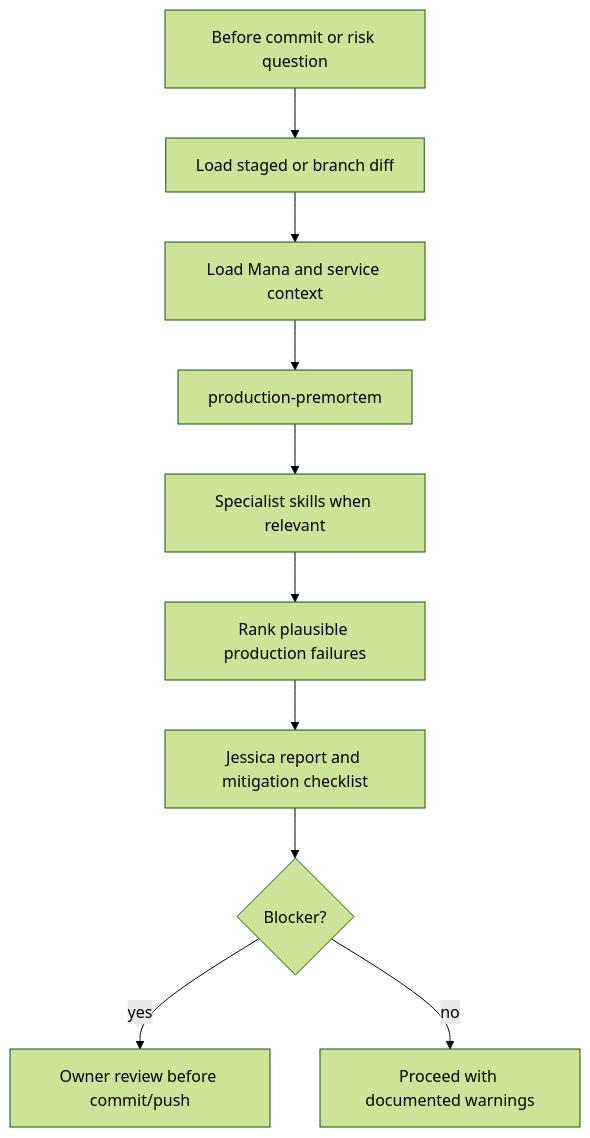
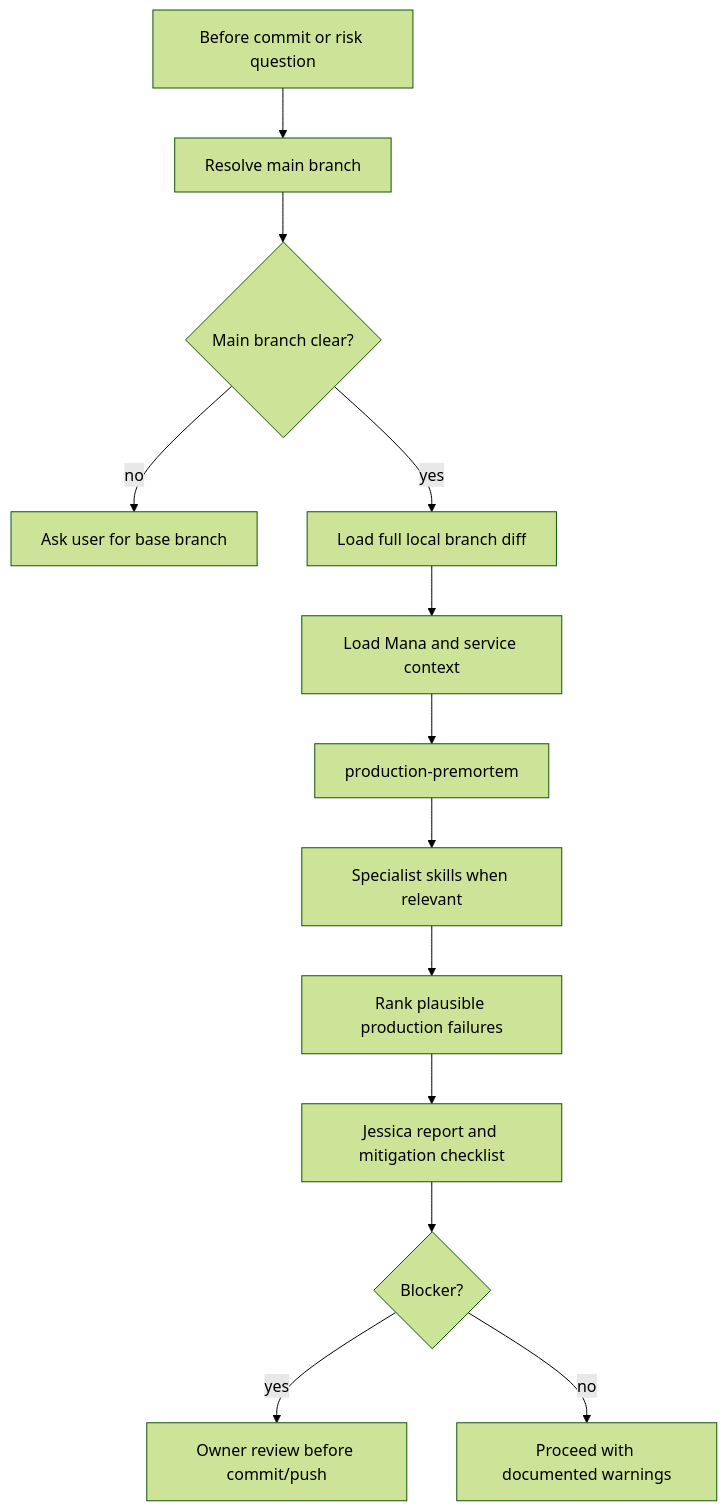
The diagram in agents/jessica-fletcher-agent/AGENT.md (bruuuuuce/mana), drawn with Mermaid (forest theme) before and after one commit. The commit also changed other lines of this file and 28 other files, not shown here.

First line of the commit message:
Add runner routing and branch diff safeguards

````diff
--- a/agents/jessica-fletcher-agent/AGENT.md
+++ b/agents/jessica-fletcher-agent/AGENT.md
@@ -186,12 +202,15 @@
 ```mermaid
 flowchart TD
-    Trigger[Before commit or risk question] --> Diff[Load staged or branch diff]
+    Trigger[Before commit or risk question] --> Base[Resolve main branch]
+    Base --> Ambiguous{Main branch clear?}
+    Ambiguous -->|no| Ask[Ask user for base branch]
+    Ambiguous -->|yes| Diff[Load full local branch diff]
     Diff --> Context[Load Mana and service context]
     Context --> Premortem[production-premortem]
     Premortem --> Specialists[Specialist skills when relevant]
     Specialists --> Rank[Rank plausible production failures]
     Rank --> Report[Jessica report and mitigation checklist]
     Report --> Gate{Blocker?}
     Gate -->|yes| Owner[Owner review before commit/push]
     Gate -->|no| Continue[Proceed with documented warnings]
 ```
````
